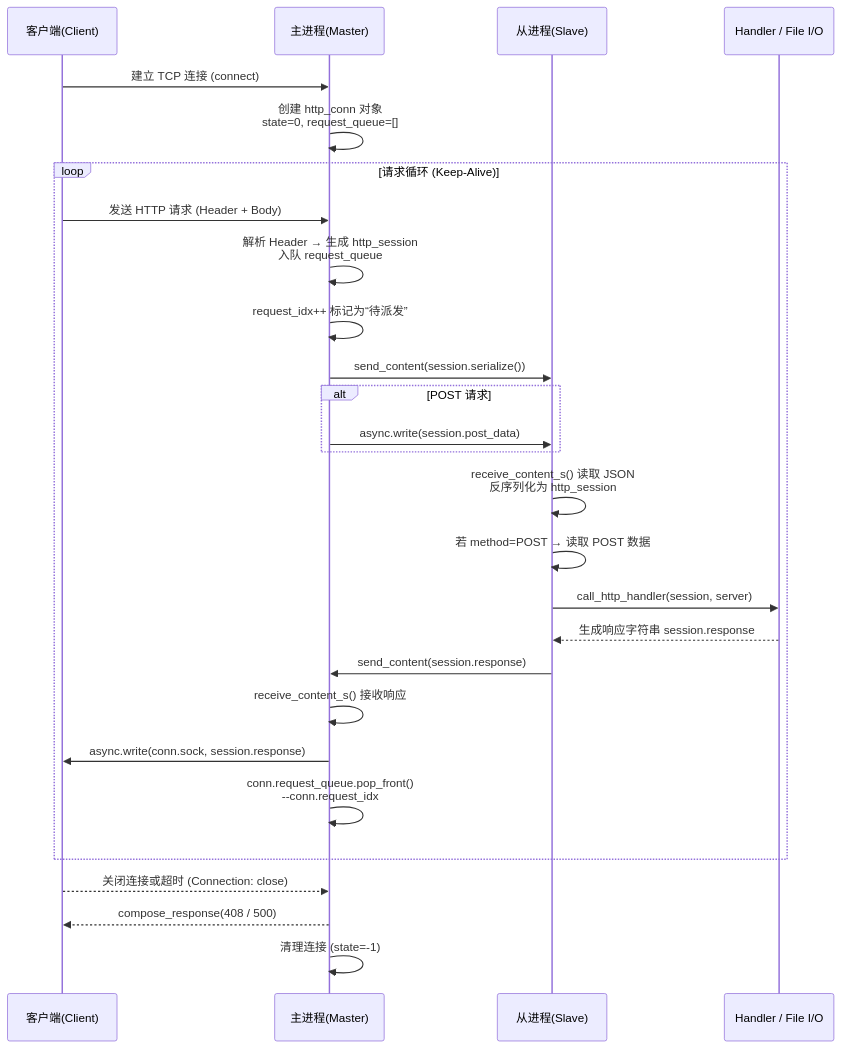
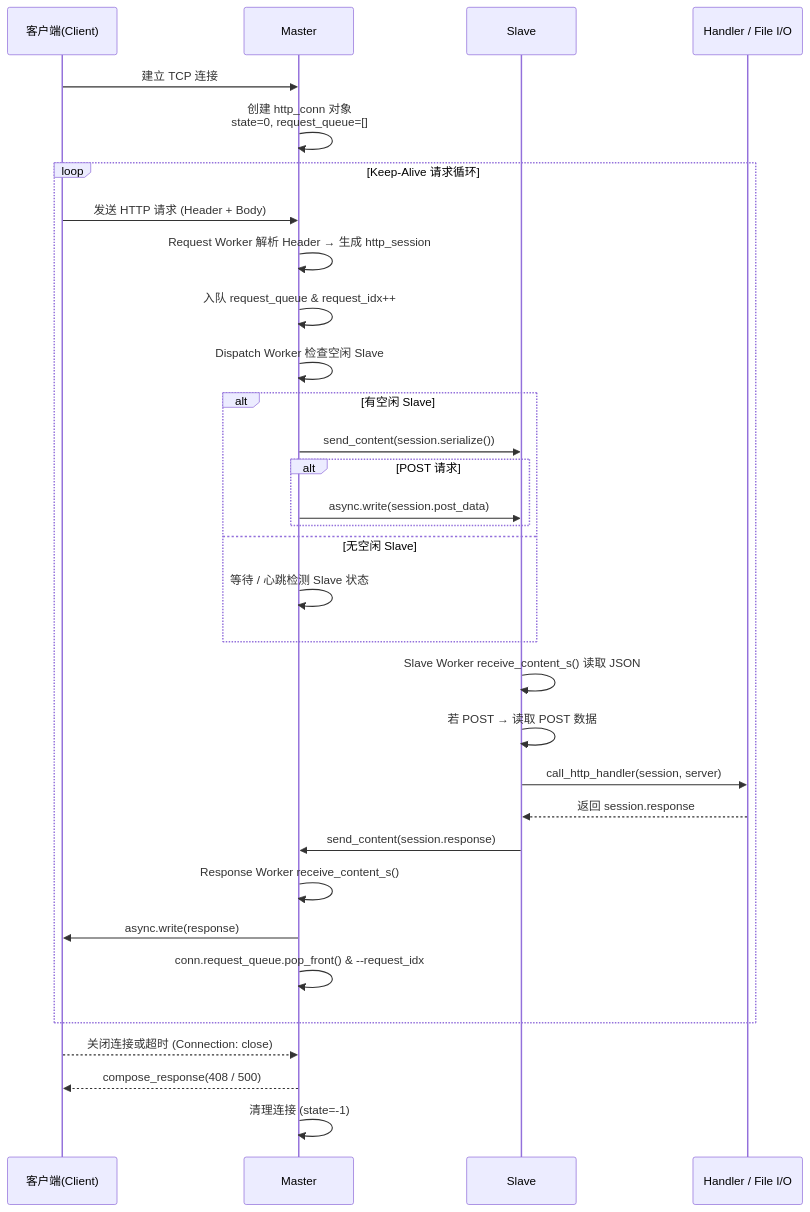
Before and after one commit to covscript/covscript-network: the first of 2 diagrams in Protocol.md, drawn with Mermaid. The commit also changed other lines of this file, not shown here.

````diff
--- a/Protocol.md
+++ b/Protocol.md
@@ -345,30 +345,35 @@
 ```mermaid
 sequenceDiagram
     participant C as 客户端(Client)
-    participant M as 主进程(Master)
-    participant S as 从进程(Slave)
+    participant M as Master
+    participant S as Slave
     participant H as Handler / File I/O
 
-    C->>M: 建立 TCP 连接 (connect)
+    C->>M: 建立 TCP 连接
     M->>M: 创建 http_conn 对象<br/>state=0, request_queue=[]
-    loop 请求循环 (Keep-Alive)
+    loop Keep-Alive 请求循环
         C->>M: 发送 HTTP 请求 (Header + Body)
-        M->>M: 解析 Header → 生成 http_session<br/>入队 request_queue
-        M->>M: request_idx++ 标记为“待派发”
-        M->>S: send_content(session.serialize())
-        alt POST 请求
-            M->>S: async.write(session.post_data)
+        M->>M: Request Worker 解析 Header → 生成 http_session
+        M->>M: 入队 request_queue & request_idx++
+        M->>M: Dispatch Worker 检查空闲 Slave
+        alt 有空闲 Slave
+            M->>S: send_content(session.serialize())
+            alt POST 请求
+                M->>S: async.write(session.post_data)
+            end
+        else 无空闲 Slave
+            M->>M: 等待 / 心跳检测 Slave 状态
         end
-        S->>S: receive_content_s() 读取 JSON<br/>反序列化为 http_session
-        S->>S: 若 method=POST → 读取 POST 数据
+        S->>S: Slave Worker receive_content_s() 读取 JSON
+        S->>S: 若 POST → 读取 POST 数据
         S->>H: call_http_handler(session, server)
-        H-->>S: 生成响应字符串 session.response
+        H-->>S: 返回 session.response
         S->>M: send_content(session.response)
-        M->>M: receive_content_s() 接收响应
-        M->>C: async.write(conn.sock, session.response)
-        M->>M: conn.request_queue.pop_front()<br/>--conn.request_idx
+        M->>M: Response Worker receive_content_s()
+        M->>C: async.write(response)
+        M->>M: conn.request_queue.pop_front() & --request_idx
     end
     C-->>M: 关闭连接或超时 (Connection: close)
     M-->>C: compose_response(408 / 500)
     M->>M: 清理连接 (state=-1)
 ```
````
